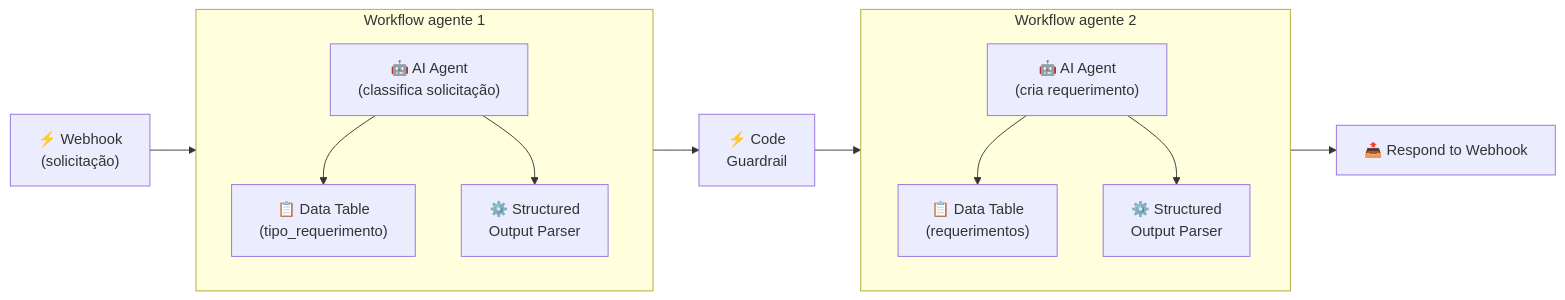
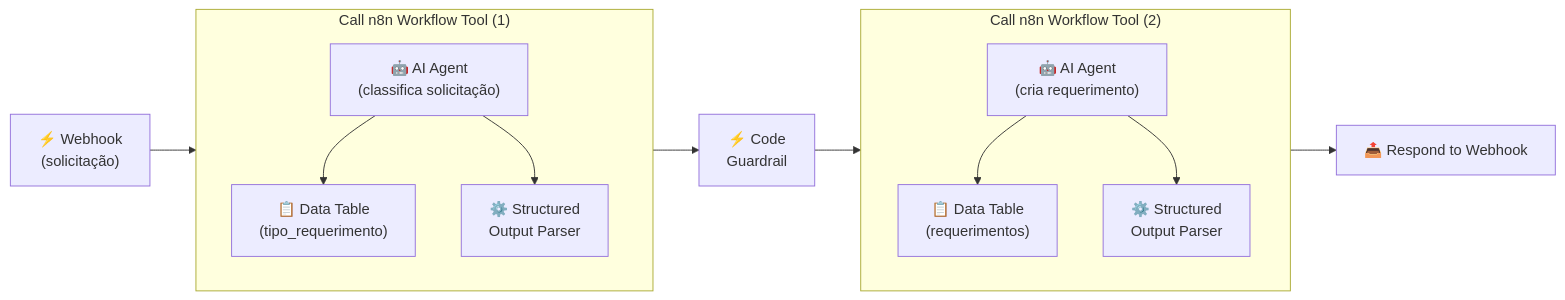
One commit to jcguimaraesnet/course-intelligent-agents changed the fourth of 4 diagrams in pages/n8n/slide-etapa9.md. Above: the diagram before and after it, drawn with Mermaid.

Commit message:
docs(n8n): atualizar titulos de subgraphs no diagrama da etapa 9

````diff
--- a/pages/n8n/slide-etapa9.md
+++ b/pages/n8n/slide-etapa9.md
@@ -518,17 +518,17 @@
 ```mermaid {theme: 'dark'}
 flowchart LR
     ET["⚡ Webhook<br/>(solicitação)"] --> Sub1
     
-    subgraph Sub1 ["Workflow agente 1"]
+    subgraph Sub1 ["Call n8n Workflow Tool (1)"]
         B1["🤖 AI Agent<br/>(classifica solicitação)"] --> DT1["📋 Data Table<br/>(tipo_requerimento)"]
         B1 --> SO1["⚙️ Structured<br/>Output Parser"]
     end
     
     Sub1 --> CG["⚡ Code<br/>Guardrail"]
     CG --> Sub2
-    subgraph Sub2 ["Workflow agente 2"]
+    subgraph Sub2 ["Call n8n Workflow Tool (2)"]
         AG["🤖 AI Agent<br/>(cria requerimento)"] --> DT2["📋 Data Table<br/>(requerimentos)"]
         AG --> SO2["⚙️ Structured<br/>Output Parser"]
     end
     Sub2 --> RW["📤 Respond to Webhook"]
 ```
````
